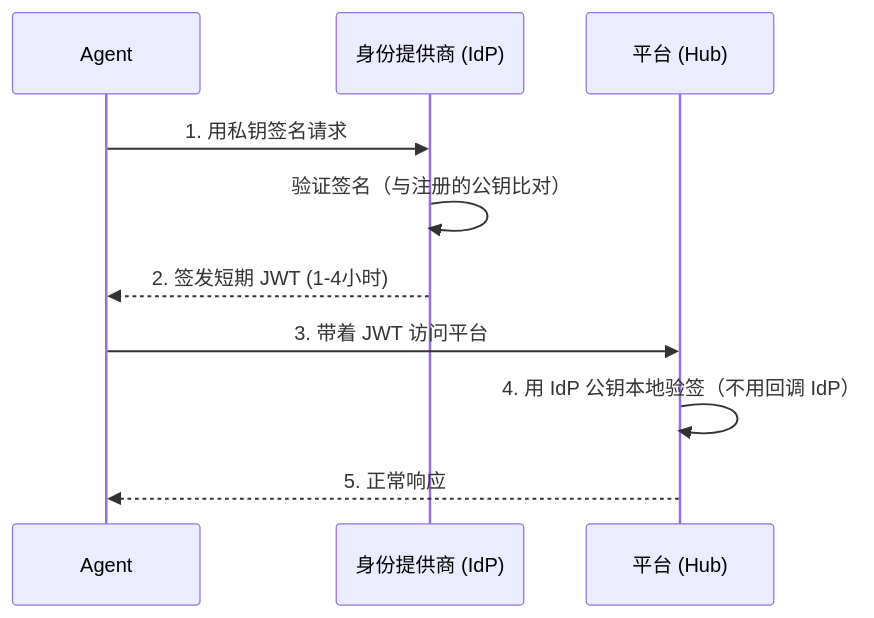
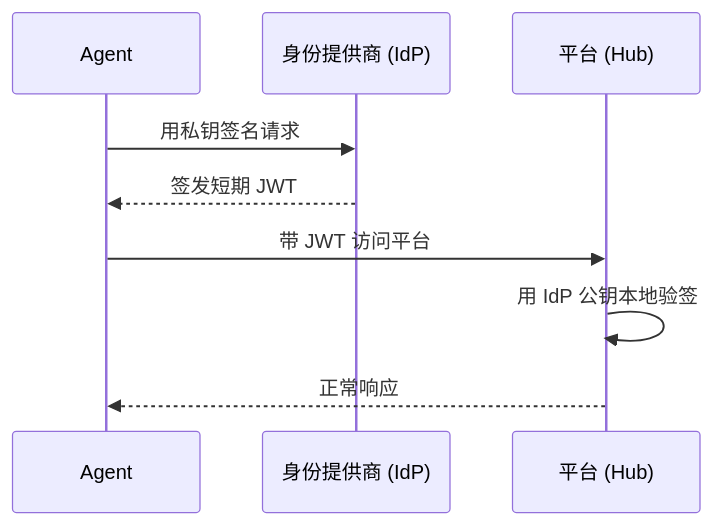
The third of 3 diagrams in README.md (agentscope-ai/agent-identity), drawn with Mermaid before and after one commit. The commit also changed other lines of this file, not shown here.

````diff
--- a/README.md
+++ b/README.md
@@ -93,13 +55,12 @@
 ```mermaid
 sequenceDiagram
     participant Agent
     participant IdP as 身份提供商 (IdP)
     participant Hub as 平台 (Hub)
 
-    Agent->>IdP: 1. 用私钥签名请求
-    IdP->>IdP: 验证签名（与注册的公钥比对）
-    IdP-->>Agent: 2. 签发短期 JWT (1-4小时)
-    Agent->>Hub: 3. 带着 JWT 访问平台
-    Hub->>Hub: 4. 用 IdP 公钥本地验签（不用回调 IdP）
-    Hub-->>Agent: 5. 正常响应
+    Agent->>IdP: 用私钥签名请求
+    IdP-->>Agent: 签发短期 JWT
+    Agent->>Hub: 带 JWT 访问平台
+    Hub->>Hub: 用 IdP 公钥本地验签
+    Hub-->>Agent: 正常响应
 ```
````
